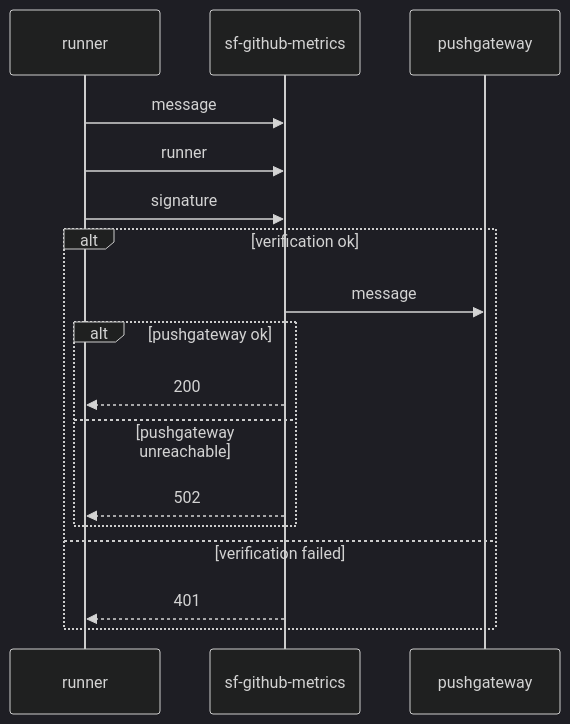
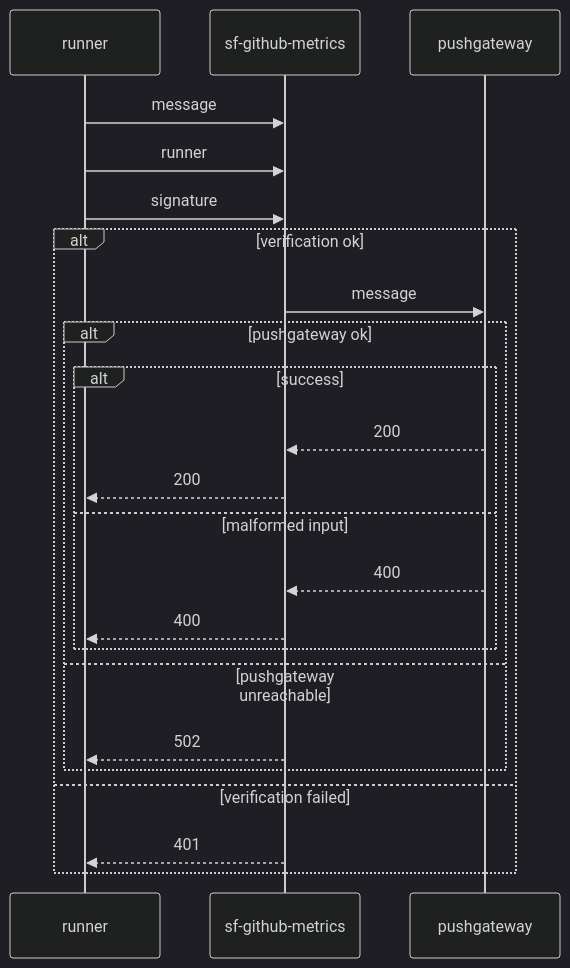
One commit to navikt/sf-github-metrics changed the diagram in README.md. Above: the diagram before and after it, drawn with Mermaid (dark theme).

Commit message:
expand mermaid

````diff
--- a/README.md
+++ b/README.md
@@ -128,16 +128,22 @@
 ```mermaid
 sequenceDiagram
     runner ->> sf-github-metrics: message
     runner ->> sf-github-metrics: runner
     runner ->> sf-github-metrics: signature
     alt verification ok
         sf-github-metrics ->> pushgateway: message
         alt pushgateway ok
-            sf-github-metrics -->> runner: 200
+            alt success
+                pushgateway -->> sf-github-metrics: 200
+                sf-github-metrics -->> runner: 200
+            else malformed input
+                pushgateway -->> sf-github-metrics: 400
+                sf-github-metrics -->> runner: 400
+            end
         else pushgateway unreachable
             sf-github-metrics -->> runner: 502
         end
     else verification failed
         sf-github-metrics -->> runner: 401
     end
 ```
````
